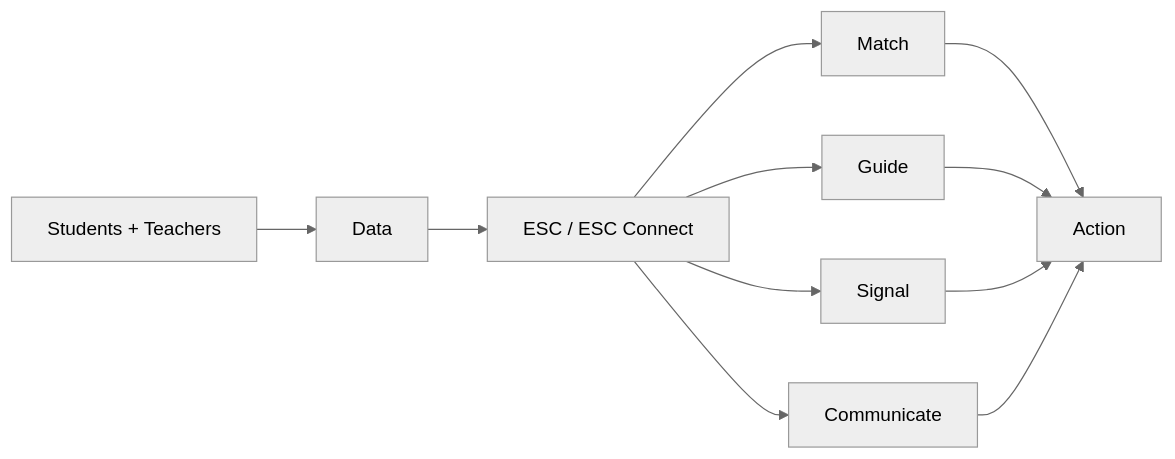
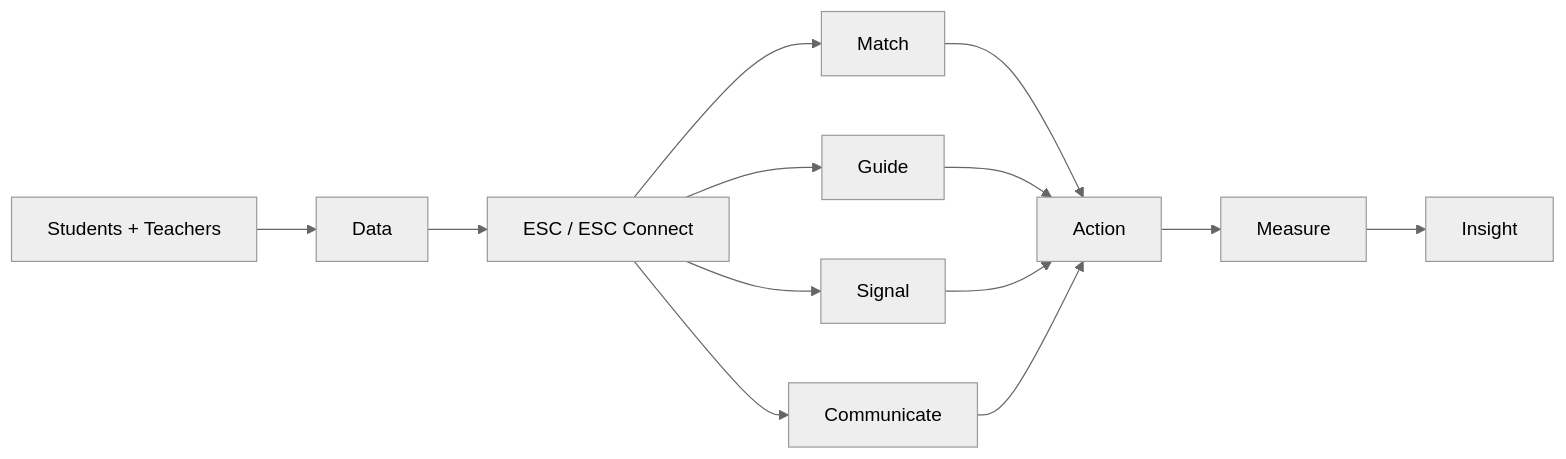
Diagram 23 of 23 in README.md (mahik2007/hackathon), drawn with Mermaid (neutral theme) before and after one commit. The commit also changed other lines of this file, not shown here.

````diff
--- a/README.md
+++ b/README.md
@@ -407,14 +439,15 @@
 ```mermaid
 flowchart LR
-    USERS[Students + Teachers]
-    USERS --> INPUT[Data]
-    INPUT --> ESC[ESC / ESC Connect]
+    USER[Students + Teachers] --> DATA[Data]
+    DATA --> ESC[ESC / ESC Connect]
     ESC --> MATCH[Match]
     ESC --> GUIDE[Guide]
     ESC --> SIGNAL[Signal]
     ESC --> COMM[Communicate]
-    MATCH --> OUT[Action]
-    GUIDE --> OUT
-    SIGNAL --> OUT
-    COMM --> OUT
+    MATCH --> ACTION[Action]
+    GUIDE --> ACTION
+    SIGNAL --> ACTION
+    COMM --> ACTION
+    ACTION --> METRIC[Measure]
+    METRIC --> INSIGHT[Insight]
 ```
````
